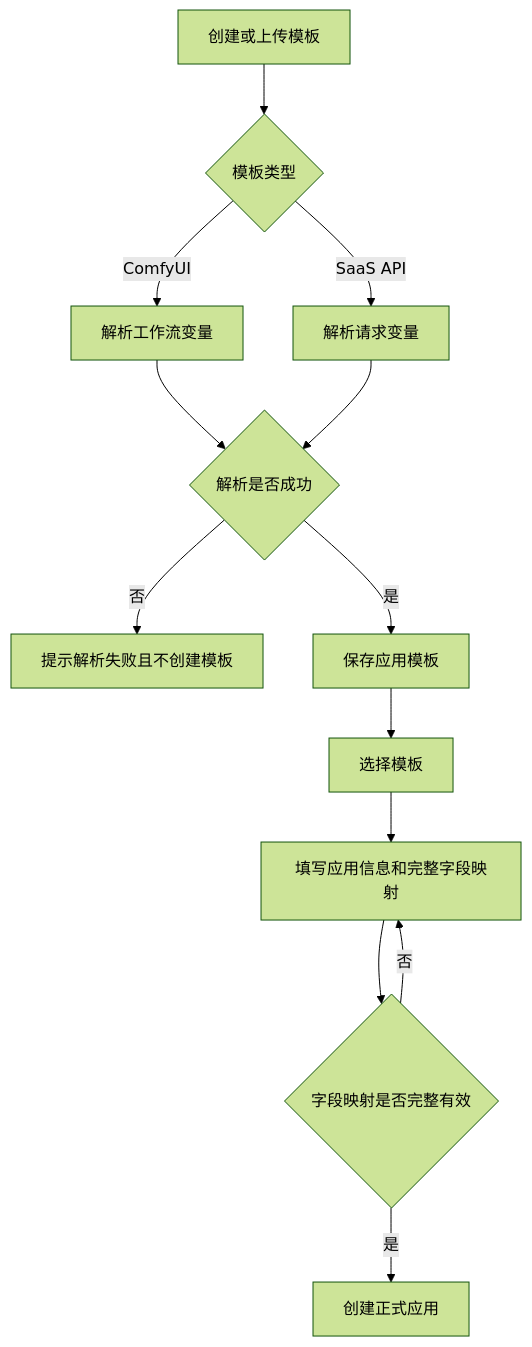
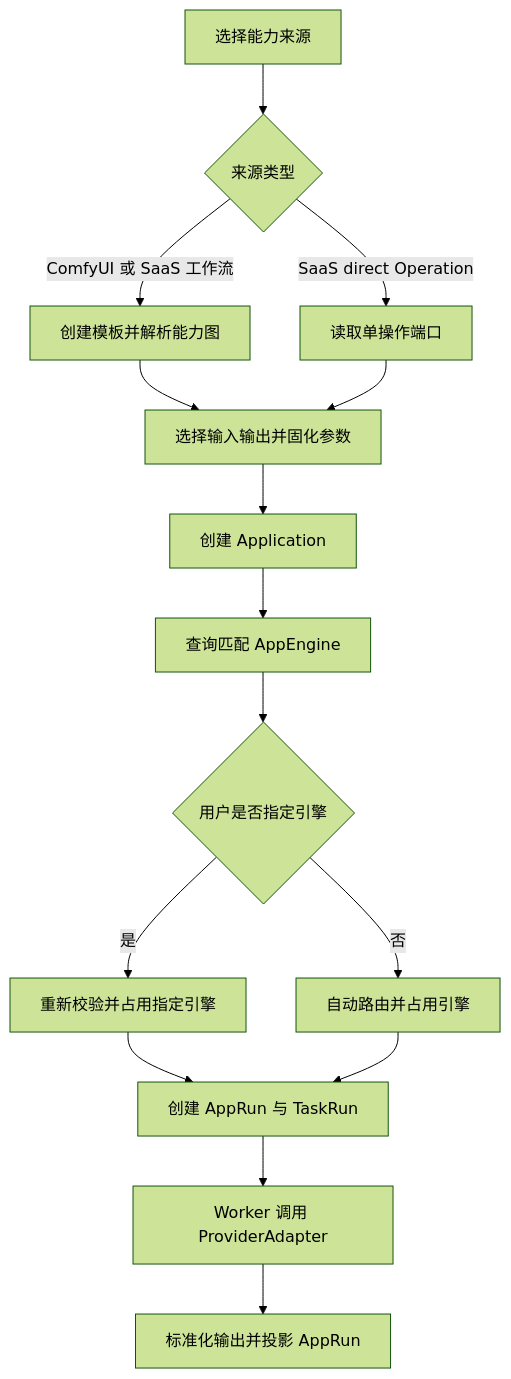
The first of 2 diagrams in 00_product/domains/application-platform/product-spec.md (wangweihong/omnimam-spec), drawn with Mermaid (forest theme) before and after one commit. The commit also changed other lines of this file and 2 other files, not shown here.

````diff
--- a/00_product/domains/application-platform/product-spec.md
+++ b/00_product/domains/application-platform/product-spec.md
@@ -474,15 +410,17 @@
 ```mermaid
 flowchart TD
-  A["创建或上传模板"] --> B{"模板类型"}
-  B -->|ComfyUI| C["解析工作流变量"]
-  B -->|SaaS API| D["解析请求变量"]
-  C --> E{"解析是否成功"}
+  A["选择能力来源"] --> B{"来源类型"}
+  B -->|ComfyUI 或 SaaS 工作流| C["创建模板并解析能力图"]
+  B -->|SaaS direct Operation| D["读取单操作端口"]
+  C --> E["选择输入输出并固化参数"]
   D --> E
-  E -->|否| F["提示解析失败且不创建模板"]
-  E -->|是| G["保存应用模板"]
-  G --> H["选择模板"]
-  H --> I["填写应用信息和完整字段映射"]
-  I --> J{"字段映射是否完整有效"}
-  J -->|否| I
-  J -->|是| K["创建正式应用"]
+  E --> F["创建 Application"]
+  F --> G["查询匹配 AppEngine"]
+  G --> H{"用户是否指定引擎"}
+  H -->|是| I["重新校验并占用指定引擎"]
+  H -->|否| J["自动路由并占用引擎"]
+  I --> K["创建 AppRun 与 TaskRun"]
+  J --> K
+  K --> L["Worker 调用 ProviderAdapter"]
+  L --> M["标准化输出并投影 AppRun"]
 ```
````
